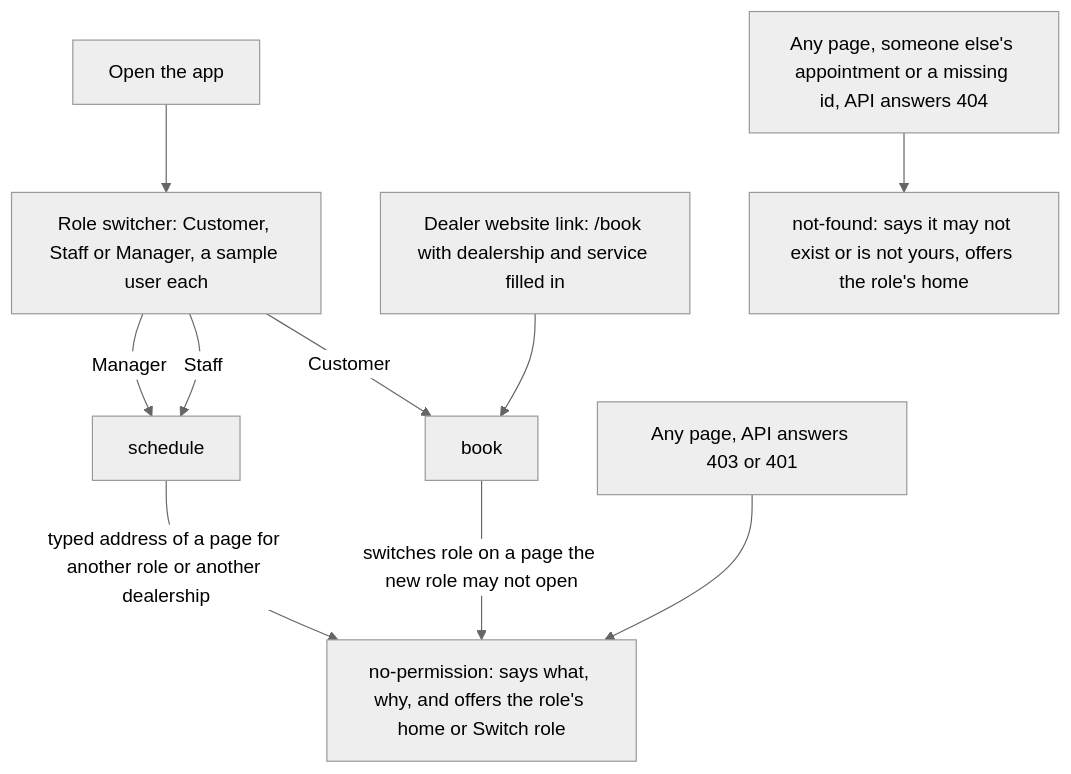
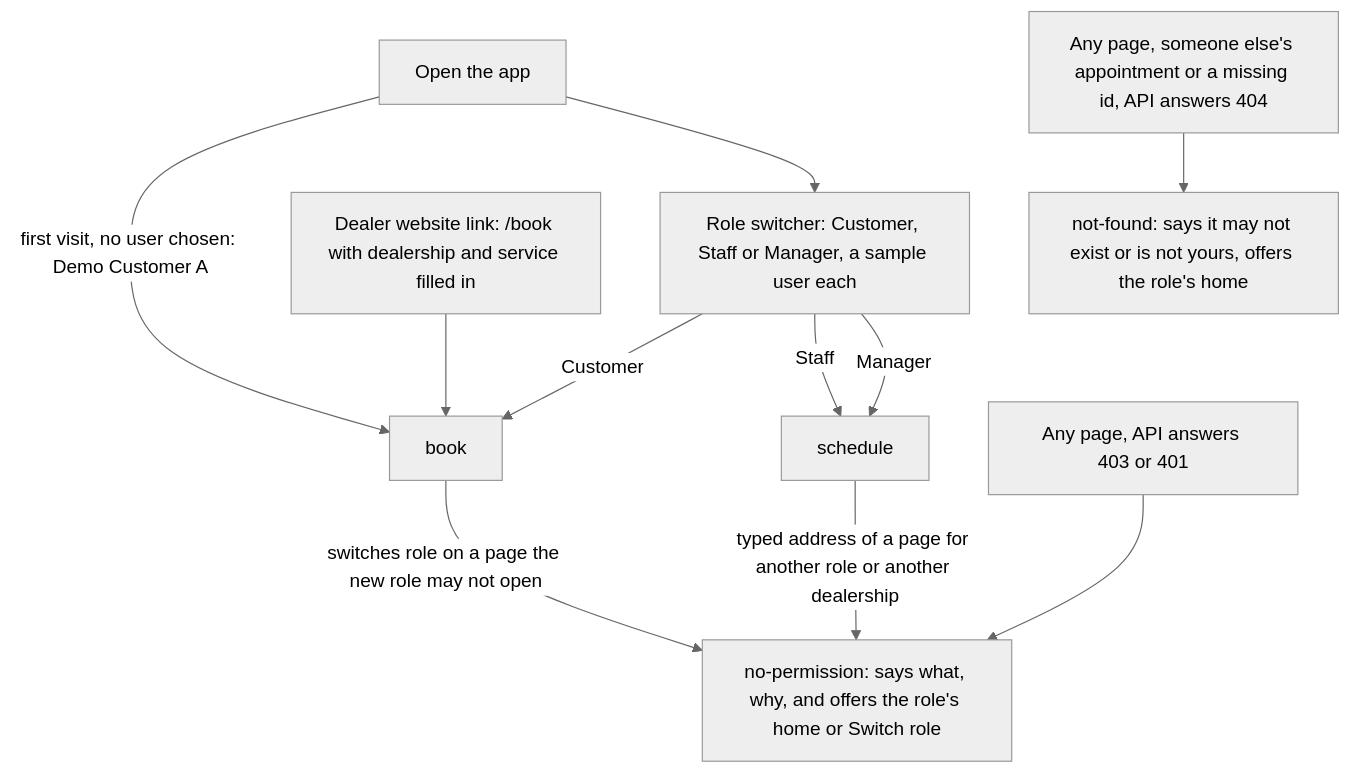
One commit to thienba/unified-service-scheduler changed the fifth of 8 diagrams in docs/system-design.md. Above: the diagram before and after it, drawn with Mermaid (neutral theme). The commit also changed other lines of this file and 11 other files, not shown here.

````diff
--- a/docs/system-design.md
+++ b/docs/system-design.md
@@ -337,12 +338,13 @@
 ```mermaid
 flowchart TD
-  open["Open the app"] --> pick["Role switcher: Customer, Staff or Manager, a sample user each"]
+  open["Open the app"] -->|"first visit, no user chosen: Demo Customer A"| cHome
+  open --> pick["Role switcher: Customer, Staff or Manager, a sample user each"]
   pick -->|Customer| cHome["book"]
   pick -->|Staff| sHome["schedule"]
   pick -->|Manager| sHome
   site["Dealer website link: /book with dealership and service filled in"] --> cHome
   cHome -->|"switches role on a page the new role may not open"| np["no-permission: says what, why, and offers the role's home or Switch role"]
   sHome -->|"typed address of a page for another role or another dealership"| np
   anyPage["Any page, API answers 403 or 401"] --> np
   anyPage2["Any page, someone else's appointment or a missing id, API answers 404"] --> nf["not-found: says it may not exist or is not yours, offers the role's home"]
 ```
````
